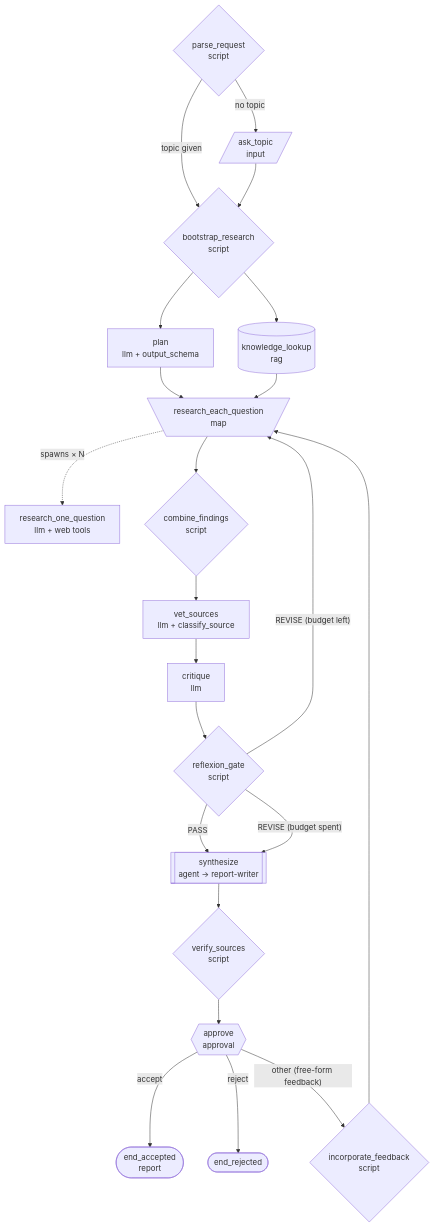
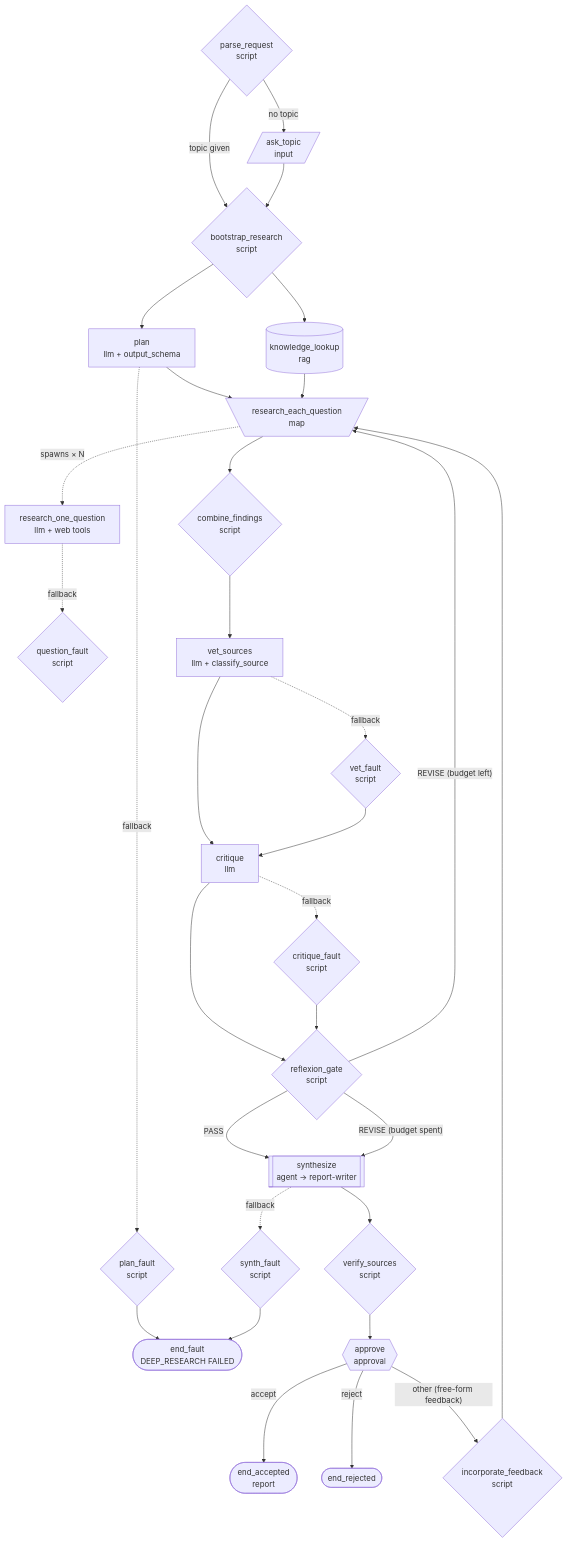
Before and after one commit to Dark-Alex-17/coyote: the diagram in assets/agents/deep-research/README.md, drawn with Mermaid. The commit also changed other lines of this file and 7 other files, not shown here.

Commit message:
docs: sync agent READMEs + diagrams with resilience hardening

````diff
--- a/assets/agents/deep-research/README.md
+++ b/assets/agents/deep-research/README.md
@@ -31,32 +33,42 @@
 ```mermaid
 flowchart TD
     parse_request{"parse_request<br/>script"}
     parse_request -->|"topic given"| bootstrap_research
     parse_request -->|"no topic"| ask_topic
     ask_topic[/"ask_topic<br/>input"/] --> bootstrap_research
     bootstrap_research{"bootstrap_research<br/>script"}
     bootstrap_research --> plan
     bootstrap_research --> knowledge_lookup
     plan["plan<br/>llm + output_schema"] --> research_each_question
+    plan -. "fallback" .-> plan_fault{"plan_fault<br/>script"}
+    plan_fault --> end_fault
     knowledge_lookup[("knowledge_lookup<br/>rag")] --> research_each_question
     research_each_question[\research_each_question<br/>map/]
     research_each_question -. "spawns × N" .-> research_one_question["research_one_question<br/>llm + web tools"]
+    research_one_question -. "fallback" .-> question_fault{"question_fault<br/>script"}
     research_each_question --> combine_findings
     combine_findings{"combine_findings<br/>script"} --> vet_sources
     vet_sources["vet_sources<br/>llm + classify_source"] --> critique
+    vet_sources -. "fallback" .-> vet_fault{"vet_fault<br/>script"}
+    vet_fault --> critique
     critique["critique<br/>llm"] --> reflexion_gate
+    critique -. "fallback" .-> critique_fault{"critique_fault<br/>script"}
+    critique_fault --> reflexion_gate
     reflexion_gate{"reflexion_gate<br/>script"}
     reflexion_gate -->|"PASS"| synthesize
     reflexion_gate -->|"REVISE (budget left)"| research_each_question
     reflexion_gate -->|"REVISE (budget spent)"| synthesize
     synthesize[["synthesize<br/>agent → report-writer"]] --> verify_sources
+    synthesize -. "fallback" .-> synth_fault{"synth_fault<br/>script"}
+    synth_fault --> end_fault
     verify_sources{"verify_sources<br/>script"} --> approve
     approve{{"approve<br/>approval"}}
     approve -->|"accept"| end_accepted
     approve -->|"reject"| end_rejected
     approve -->|"other (free-form feedback)"| incorporate_feedback
     incorporate_feedback{"incorporate_feedback<br/>script"} --> research_each_question
 
     end_accepted(["end_accepted<br/>report"])
     end_rejected(["end_rejected"])
+    end_fault(["end_fault<br/>DEEP_RESEARCH FAILED"])
 ```
````
